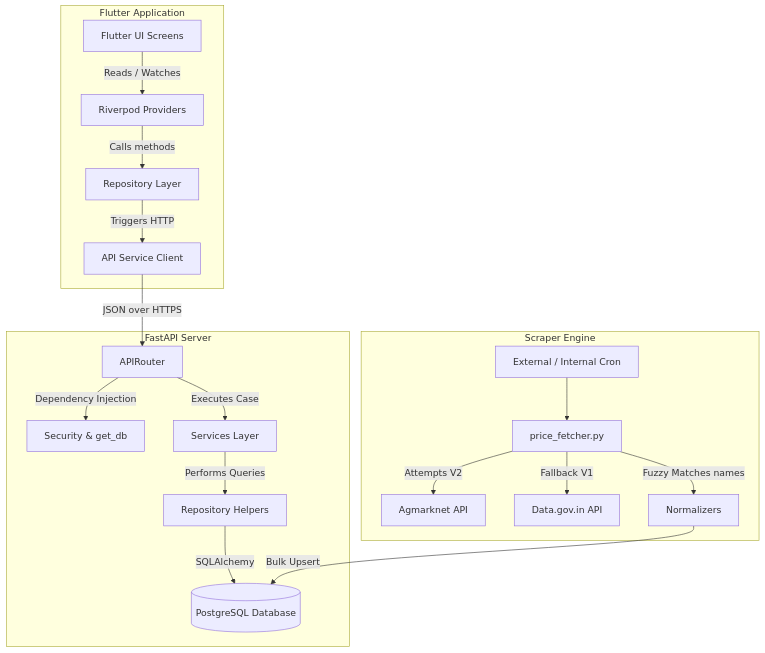
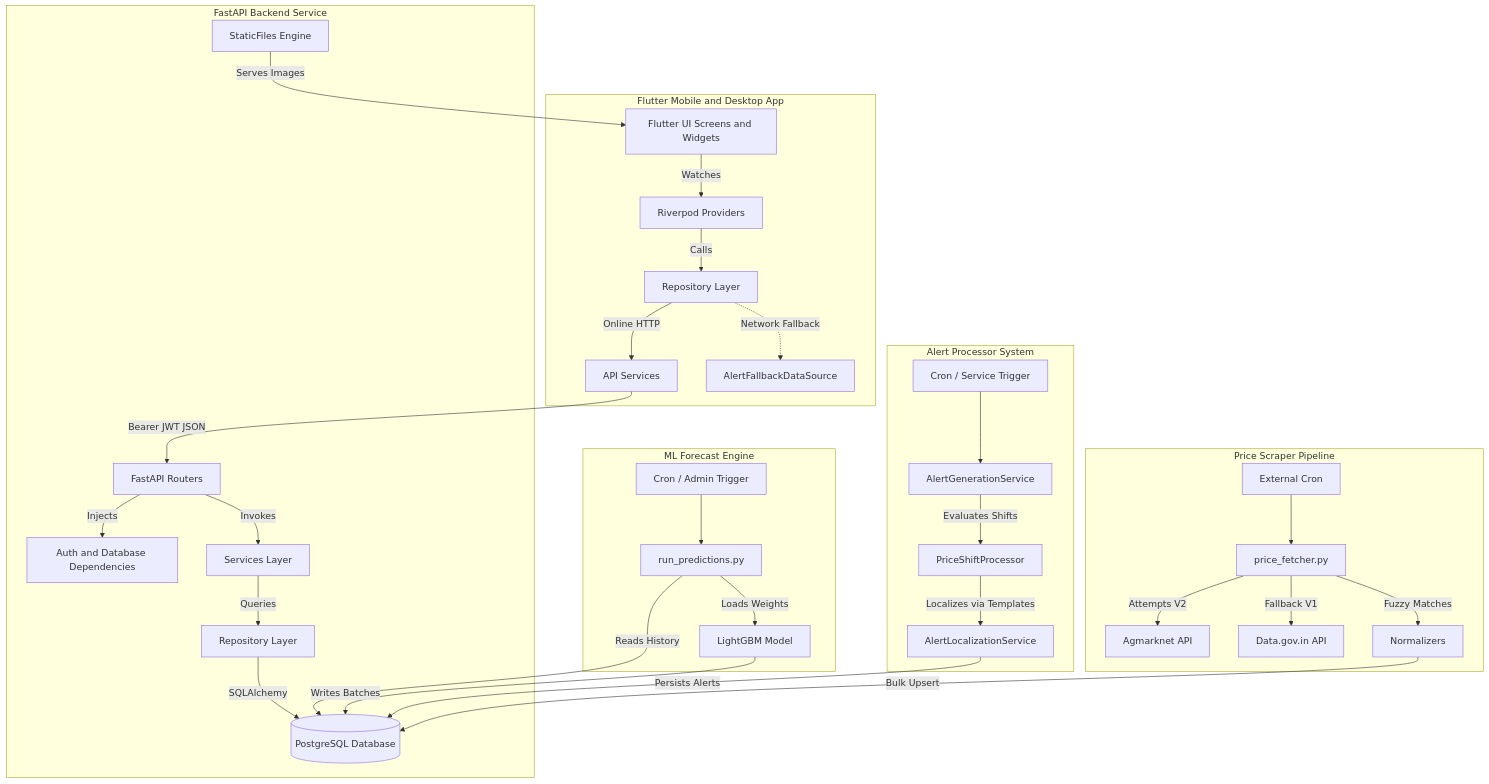
Before and after one commit to Navaneeth832/mandi-intelligence-app: the first of 3 diagrams in agent_helper.md, drawn with Mermaid. The commit also changed other lines of this file, not shown here.

````diff
--- a/agent_helper.md
+++ b/agent_helper.md
@@ -118,24 +147,40 @@
 ```mermaid
-graph TD
-    subgraph Frontend [Flutter Application]
-        UI[Flutter UI Screens] -->|Reads / Watches| RP[Riverpod Providers]
-        RP -->|Calls methods| Repo[Repository Layer]
-        Repo -->|Triggers HTTP| AS[API Service Client]
+flowchart TD
+    subgraph Client ["Flutter Mobile and Desktop App"]
+        UI["Flutter UI Screens and Widgets"] -->|Watches| RP["Riverpod Providers"]
+        RP -->|Calls| Repo["Repository Layer"]
+        Repo -->|Online HTTP| AS["API Services"]
+        Repo -.->|Network Fallback| FBDS["AlertFallbackDataSource"]
     end
 
-    subgraph Backend [FastAPI Server]
-        AS -->|JSON over HTTPS| RT[APIRouter]
-        RT -->|Dependency Injection| Deps[Security & get_db]
-        RT -->|Executes Case| Serv[Services Layer]
-        Serv -->|Performs Queries| DBRepo[Repository Helpers]
-        DBRepo -->|SQLAlchemy| DB[(PostgreSQL Database)]
+    subgraph Server ["FastAPI Backend Service"]
+        AS -->|Bearer JWT JSON| RT["FastAPI Routers"]
+        RT -->|Injects| Deps["Auth and Database Dependencies"]
+        RT -->|Invokes| Serv["Services Layer"]
+        Serv -->|Queries| DBRepo["Repository Layer"]
+        DBRepo -->|SQLAlchemy| DB[("PostgreSQL Database")]
+        Static["StaticFiles Engine"] -->|Serves Images| UI
     end
 
-    subgraph Data Pipeline [Scraper Engine]
-        Sch[External / Internal Cron] --> PF[price_fetcher.py]
-        PF -->|Attempts V2| V2[Agmarknet API]
-        PF -->|Fallback V1| V1[Data.gov.in API]
-        PF -->|Fuzzy Matches names| Norm[Normalizers]
+    subgraph Predictions ["ML Forecast Engine"]
+        CronP["Cron / Admin Trigger"] --> PR["run_predictions.py"]
+        PR -->|Loads Weights| LGB["LightGBM Model"]
+        PR -->|Reads History| DB
+        LGB -->|Writes Batches| DB
+    end
+
+    subgraph AlertsEngine ["Alert Processor System"]
+        CronA["Cron / Service Trigger"] --> AGS["AlertGenerationService"]
+        AGS -->|Evaluates Shifts| Processors["PriceShiftProcessor"]
+        Processors -->|Localizes via Templates| ALS["AlertLocalizationService"]
+        ALS -->|Persists Alerts| DB
+    end
+
+    subgraph DataPipeline ["Price Scraper Pipeline"]
+        CronS["External Cron"] --> PF["price_fetcher.py"]
+        PF -->|Attempts V2| V2["Agmarknet API"]
+        PF -->|Fallback V1| V1["Data.gov.in API"]
+        PF -->|Fuzzy Matches| Norm["Normalizers"]
         Norm -->|Bulk Upsert| DB
     end
 ```
````
